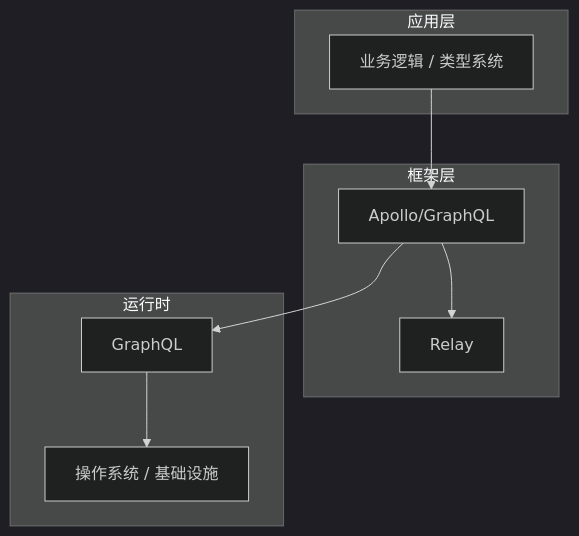
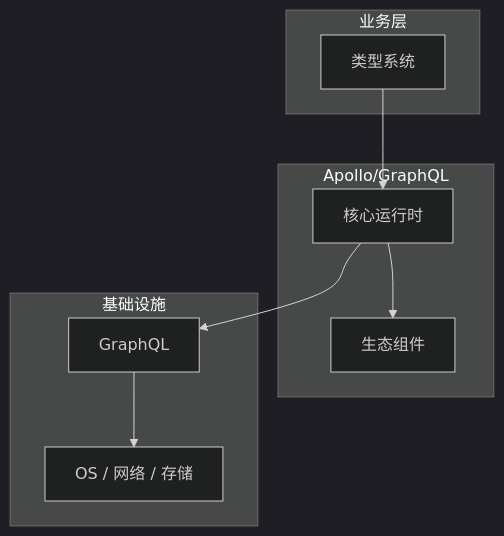
One commit to yanggan2015/knowledge-json-v2 changed the diagram in articles/GraphQL/chapters/029-类型系统核心概念与原理.md. Above: the diagram before and after it, drawn with Mermaid (dark theme). The commit also changed other lines of this file and 10127 other files, not shown here.

````diff
--- a/articles/GraphQL/chapters/029-类型系统核心概念与原理.md
+++ b/articles/GraphQL/chapters/029-类型系统核心概念与原理.md
@@ -45,18 +34,18 @@
 ```mermaid
 graph TB
-    subgraph 应用层
-        A[业务逻辑 / 类型系统]
+    subgraph 业务层
+        A[类型系统]
     end
-    subgraph 框架层
-        B[Apollo/GraphQL]
-        C[Relay]
+    subgraph Apollo/GraphQL
+        B[核心运行时]
+        C[生态组件]
     end
-    subgraph 运行时
+    subgraph 基础设施
         D[GraphQL]
-        E[操作系统 / 基础设施]
+        E[OS / 网络 / 存储]
     end
     A --> B
     B --> C
     B --> D
     D --> E
 ```
````
